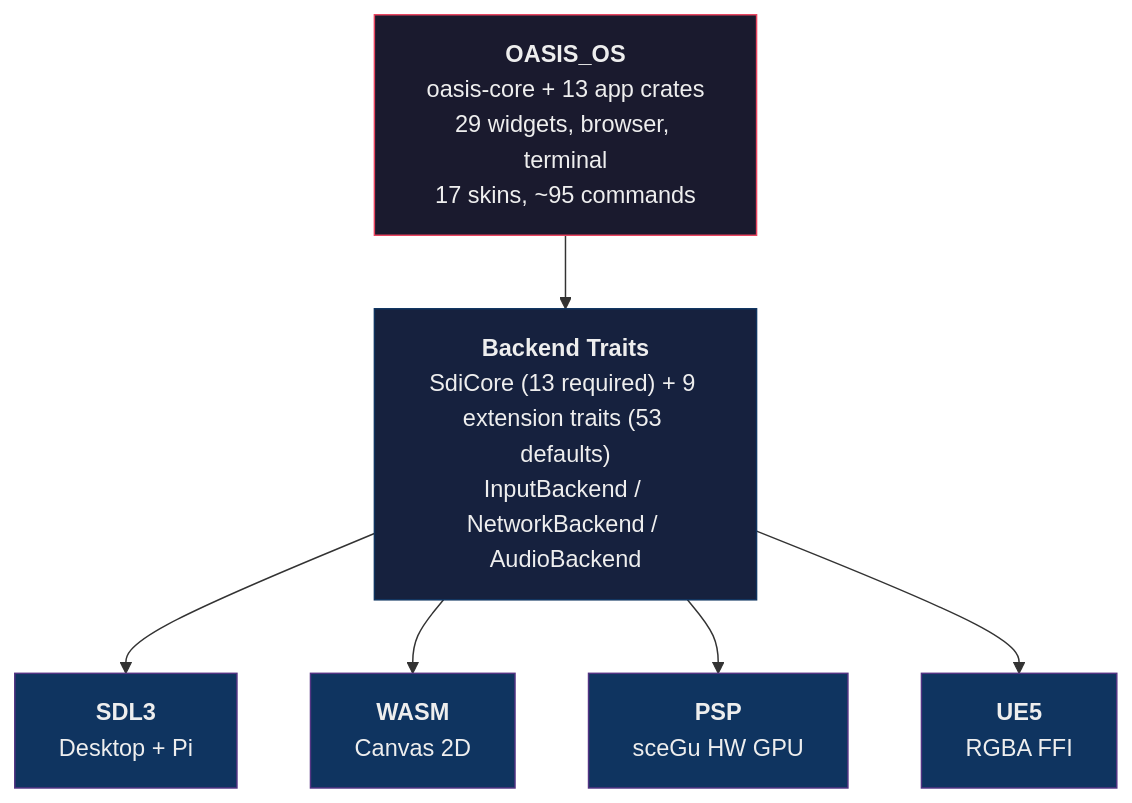
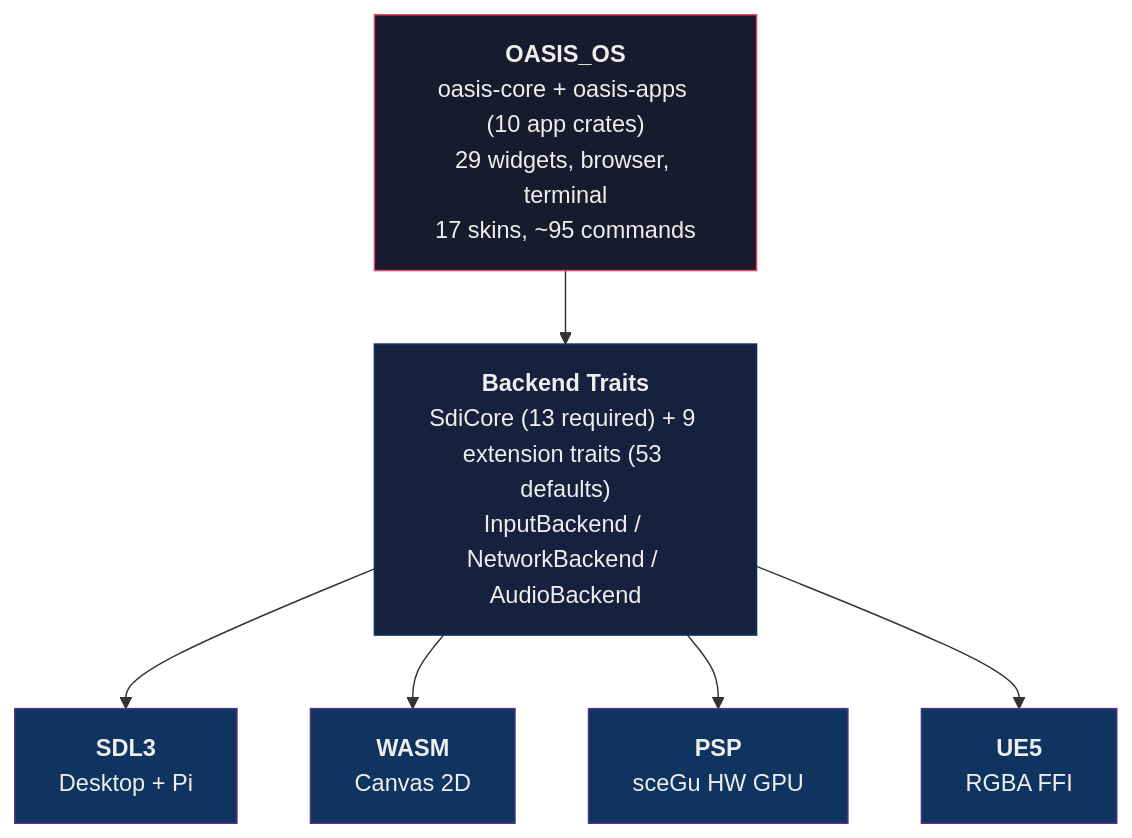
One commit to AndrewAltimit/oasis-os changed the diagram in README.md. Above: the diagram before and after it, drawn with Mermaid. The commit also changed other lines of this file and 8 other files, not shown here.

````diff
--- a/README.md
+++ b/README.md
@@ -91,23 +91,23 @@
 ```mermaid
 graph TD
-    APP["<b>OASIS_OS</b><br/>oasis-core + 13 app crates<br/>29 widgets, browser, terminal<br/>17 skins, ~95 commands"]
+    APP["<b>OASIS_OS</b><br/>oasis-core + oasis-apps (10 app crates)<br/>29 widgets, browser, terminal<br/>17 skins, ~95 commands"]
     TRAITS["<b>Backend Traits</b><br/>SdiCore (13 required) + 9 extension traits (53 defaults)<br/>InputBackend / NetworkBackend / AudioBackend"]
 
     SDL["<b>SDL3</b><br/>Desktop + Pi"]
     WASM["<b>WASM</b><br/>Canvas 2D"]
     PSP["<b>PSP</b><br/>sceGu HW GPU"]
     UE5["<b>UE5</b><br/>RGBA FFI"]
 
     APP --> TRAITS
     TRAITS --> SDL
     TRAITS --> WASM
     TRAITS --> PSP
     TRAITS --> UE5
 
     style APP fill:#1a1a2e,stroke:#e94560,color:#eee
     style TRAITS fill:#16213e,stroke:#0f3460,color:#eee
     style SDL fill:#0f3460,stroke:#533483,color:#eee
     style WASM fill:#0f3460,stroke:#533483,color:#eee
     style PSP fill:#0f3460,stroke:#533483,color:#eee
     style UE5 fill:#0f3460,stroke:#533483,color:#eee
 ```
````
